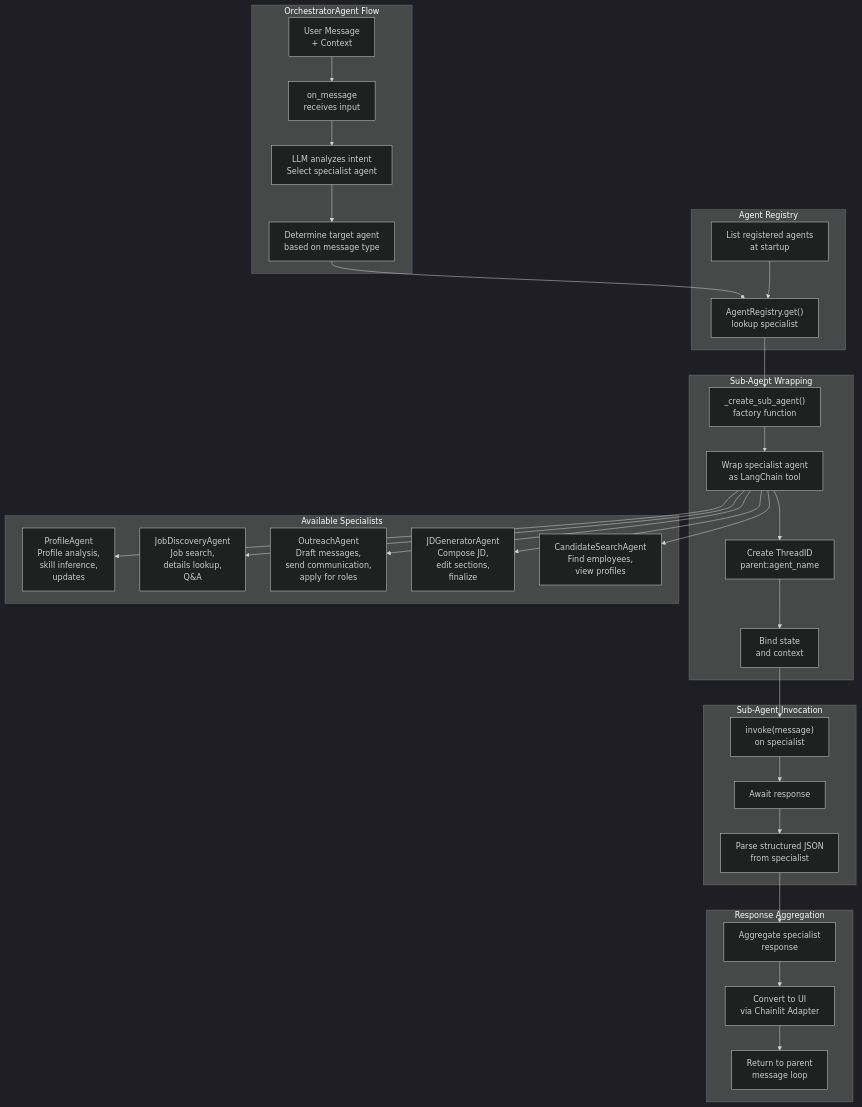
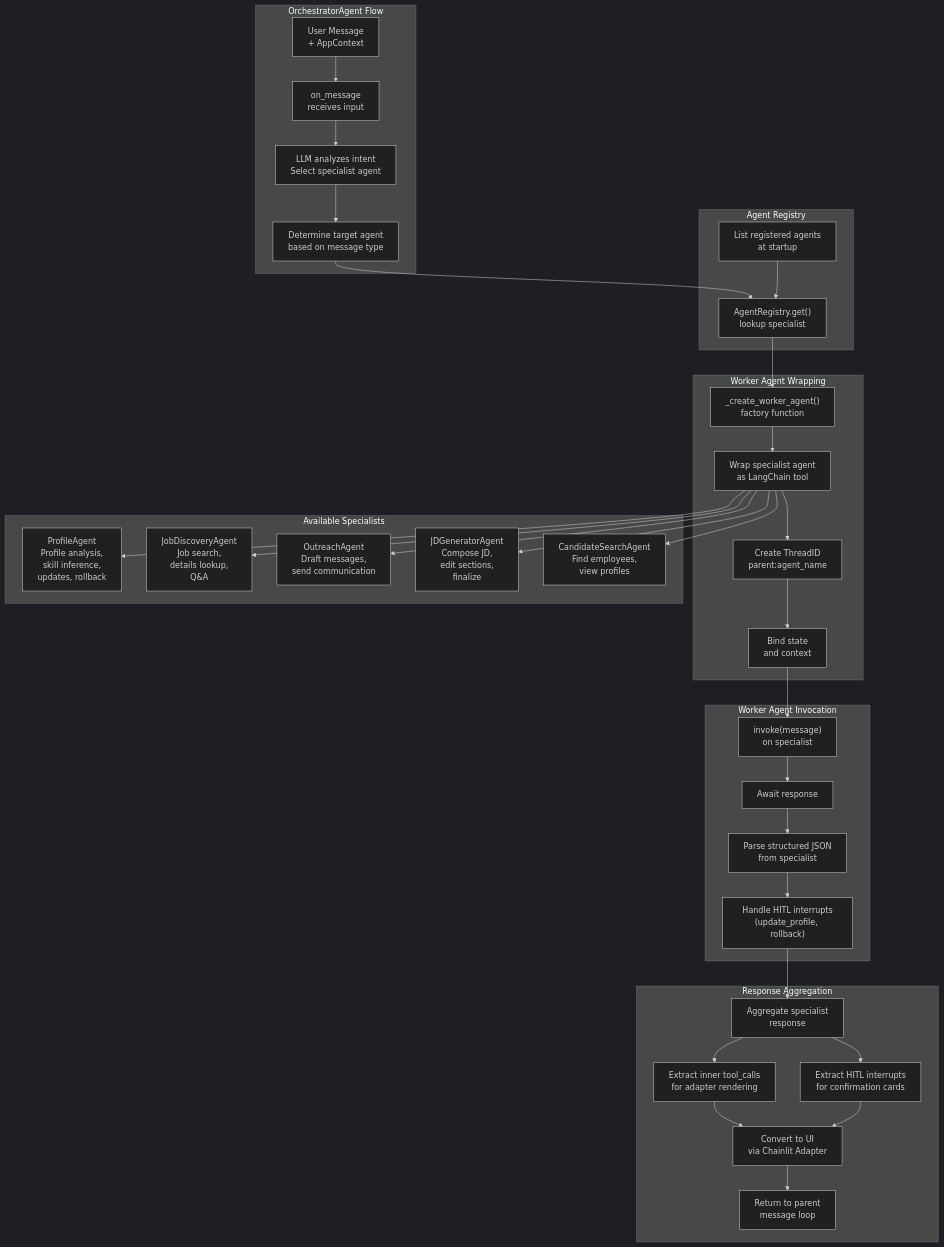
Before and after one commit to savipk/autochat: the first of 5 diagrams in docs/architecture/04-orchestrator-pattern.md, drawn with Mermaid (dark theme). The commit also changed other lines of this file and 27 other files, not shown here.

Commit message:
modify profile agent

````diff
--- a/docs/architecture/04-orchestrator-pattern.md
+++ b/docs/architecture/04-orchestrator-pattern.md
@@ -7,66 +7,73 @@
 ```mermaid
 graph TB
     subgraph OrchestratorFlow["OrchestratorAgent Flow"]
-        Input["User Message<br/>+ Context"]
+        Input["User Message<br/>+ AppContext"]
         Receive["on_message<br/>receives input"]
         LLMAnalyze["LLM analyzes intent<br/>Select specialist agent"]
         SelectAgent["Determine target agent<br/>based on message type"]
     end
 
-    subgraph SubAgentWrapper["Sub-Agent Wrapping"]
-        CreateWrapper["_create_sub_agent()<br/>factory function"]
+    subgraph WorkerAgentWrapper["Worker Agent Wrapping"]
+        CreateWrapper["_create_worker_agent()<br/>factory function"]
         ConfigAgent["Wrap specialist agent<br/>as LangChain tool"]
         ThreadID["Create ThreadID<br/>parent:agent_name"]
         StateBinding["Bind state<br/>and context"]
     end
 
-    subgraph Invocation["Sub-Agent Invocation"]
-        InvokeSubAgent["invoke(message)<br/>on specialist"]
+    subgraph Invocation["Worker Agent Invocation"]
+        InvokeWorkerAgent["invoke(message)<br/>on specialist"]
         AwaitResult["Await response"]
         ParseJSON["Parse structured JSON<br/>from specialist"]
+        HandleHITL["Handle HITL interrupts<br/>(update_profile, rollback)"]
     end
 
     subgraph Specialists["Available Specialists"]
-        ProfileAgent["ProfileAgent<br/>Profile analysis,<br/>skill inference,<br/>updates"]
+        ProfileAgent["ProfileAgent<br/>Profile analysis,<br/>skill inference,<br/>updates, rollback"]
         JobAgent["JobDiscoveryAgent<br/>Job search,<br/>details lookup,<br/>Q&A"]
-        OutreachAgent["OutreachAgent<br/>Draft messages,<br/>send communication,<br/>apply for roles"]
+        OutreachAgent["OutreachAgent<br/>Draft messages,<br/>send communication"]
         JDAgent["JDGeneratorAgent<br/>Compose JD,<br/>edit sections,<br/>finalize"]
         CandidateAgent["CandidateSearchAgent<br/>Find employees,<br/>view profiles"]
     end
 
     subgraph Response["Response Aggregation"]
         AggResult["Aggregate specialist<br/>response"]
+        ExtractToolCalls["Extract inner tool_calls<br/>for adapter rendering"]
+        ExtractInterrupts["Extract HITL interrupts<br/>for confirmation cards"]
         ConvertUI["Convert to UI<br/>via Chainlit Adapter"]
         ReturnOrch["Return to parent<br/>message loop"]
     end
 
     subgraph Registry["Agent Registry"]
         RegFetch["AgentRegistry.get()<br/>lookup specialist"]
         RegList["List registered agents<br/>at startup"]
     end
 
     Input --> Receive
     Receive --> LLMAnalyze
     LLMAnalyze --> SelectAgent
     SelectAgent --> RegFetch
     RegFetch --> CreateWrapper
 
     CreateWrapper --> ConfigAgent
     ConfigAgent --> ThreadID
     ThreadID --> StateBinding
 
-    StateBinding --> InvokeSubAgent
-    InvokeSubAgent --> AwaitResult
+    StateBinding --> InvokeWorkerAgent
+    InvokeWorkerAgent --> AwaitResult
     AwaitResult --> ParseJSON
+    ParseJSON --> HandleHITL
 
-    ParseJSON --> AggResult
-    AggResult --> ConvertUI
+    HandleHITL --> AggResult
+    AggResult --> ExtractToolCalls
+    AggResult --> ExtractInterrupts
+    ExtractToolCalls --> ConvertUI
+    ExtractInterrupts --> ConvertUI
     ConvertUI --> ReturnOrch
 
     RegList --> RegFetch
     ConfigAgent --> ProfileAgent
     ConfigAgent --> JobAgent
     ConfigAgent --> OutreachAgent
     ConfigAgent --> JDAgent
     ConfigAgent --> CandidateAgent
 ```
````
